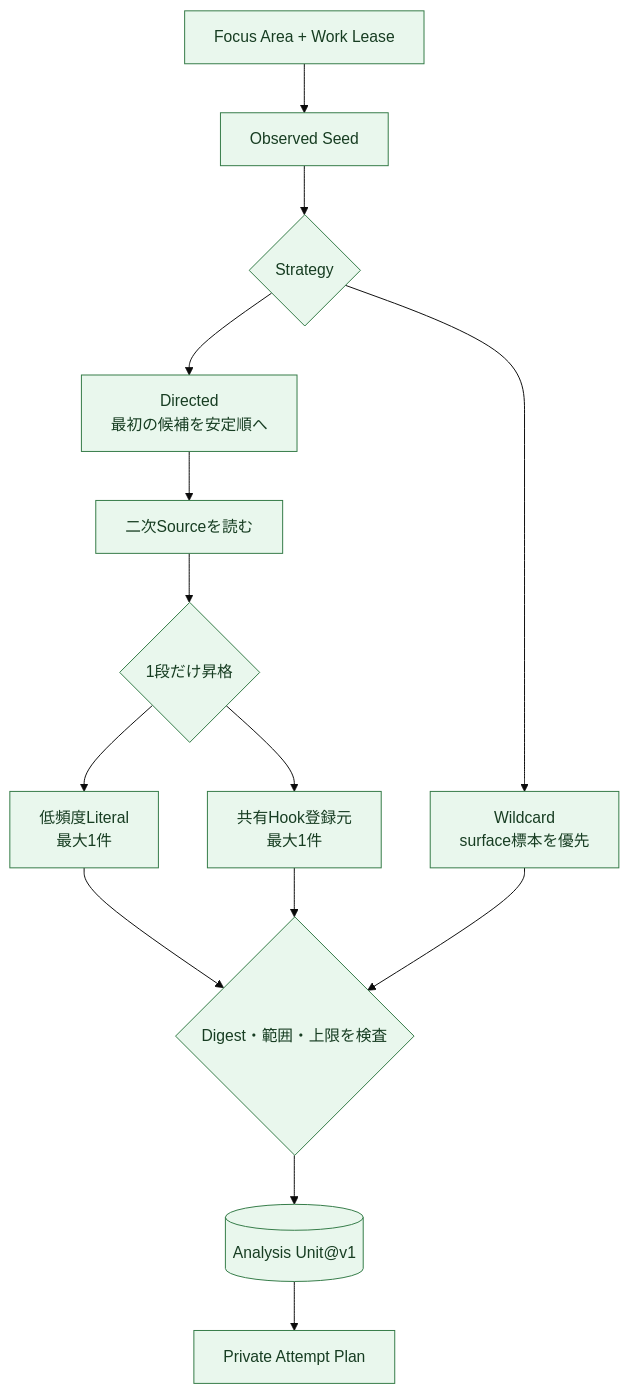
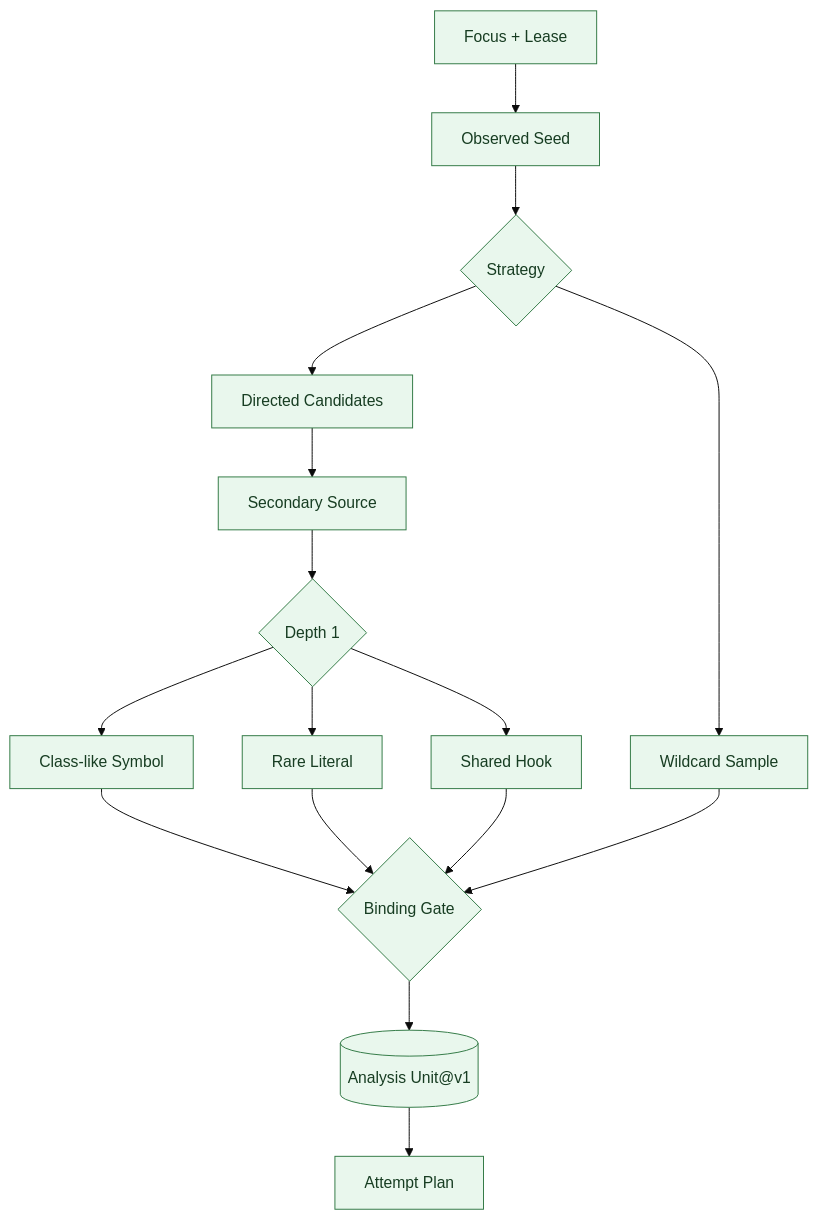
The fourth of 7 diagrams in docs/design/architecture/exploration-agent-architecture.md (momoponwork1415-lgtm/wordpress-harness), drawn with Mermaid (base theme) before and after one commit. The commit also changed other lines of this file and 11 other files, not shown here.

````diff
--- a/docs/design/architecture/exploration-agent-architecture.md
+++ b/docs/design/architecture/exploration-agent-architecture.md
@@ -154,25 +155,27 @@
 ```mermaid
 flowchart TB
-    assignment["Focus Area + Work Lease"]
+    assignment["Focus + Lease"]
     seed["Observed Seed"]
     choose{"Strategy"}
-    directed["Directed<br/>最初の候補を安定順へ"]
-    secondary["二次Sourceを読む"]
-    hop{"1段だけ昇格"}
-    literal["低頻度Literal<br/>最大1件"]
-    hook["共有Hook登録元<br/>最大1件"]
-    wildcard["Wildcard<br/>surface標本を優先"]
-    bind{"Digest・範囲・上限を検査"}
+    directed["Directed Candidates"]
+    secondary["Secondary Source"]
+    hop{"Depth 1"}
+    symbol["Class-like Symbol"]
+    literal["Rare Literal"]
+    hook["Shared Hook"]
+    wildcard["Wildcard Sample"]
+    bind{"Binding Gate"}
     unit[("Analysis Unit@v1")]
-    prompt["Private Attempt Plan"]
+    prompt["Attempt Plan"]
 
     assignment --> seed --> choose
     choose --> directed --> secondary --> hop
+    hop --> symbol --> bind
     hop --> literal --> bind
     hop --> hook --> bind
     choose --> wildcard --> bind
     bind --> unit --> prompt
 
     classDef done fill:#e9f7ed,stroke:#337a46,color:#173d22;
-    class assignment,seed,choose,directed,secondary,hop,literal,hook,wildcard,bind,unit,prompt done;
+    class assignment,seed,choose,directed,secondary,hop,symbol,literal,hook,wildcard,bind,unit,prompt done;
 ```
````
